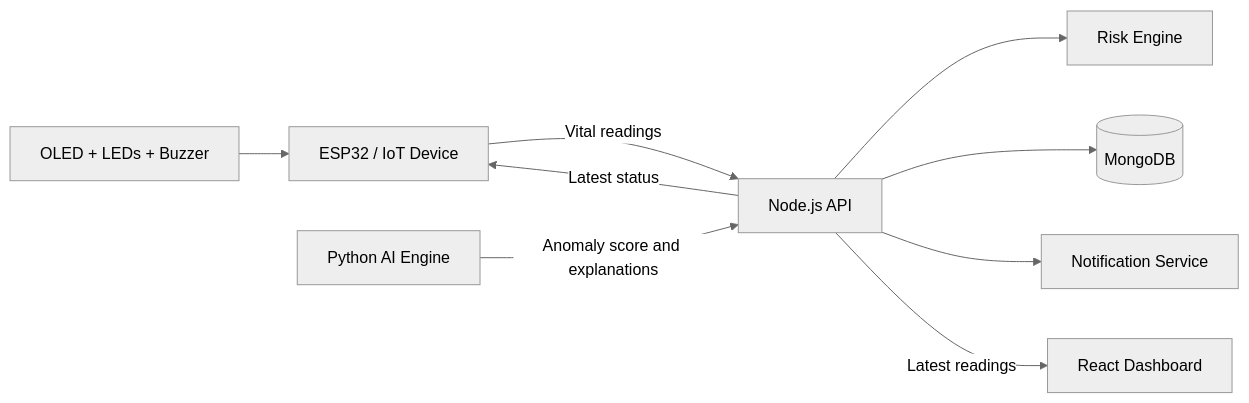
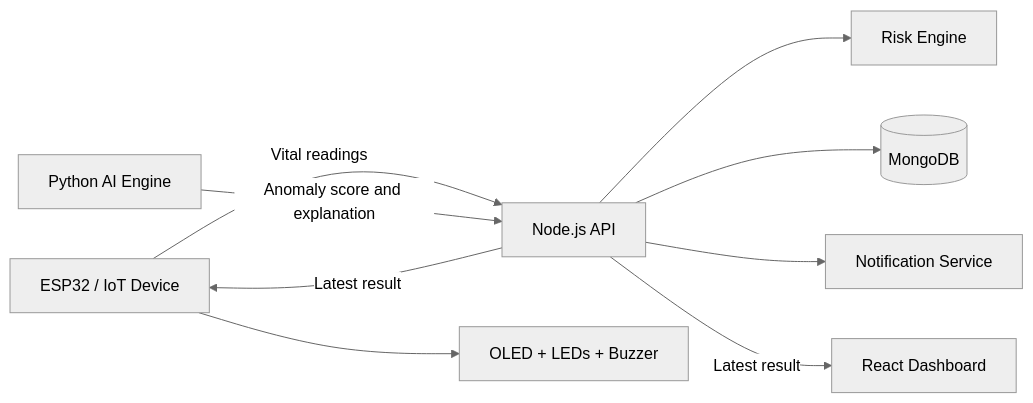
The diagram in README.md (priyam63p/iotricity-3.o), drawn with Mermaid (neutral theme) before and after one commit. The commit also changed other lines of this file, not shown here.

````diff
--- a/README.md
+++ b/README.md
@@ -198,11 +165,11 @@
 ```mermaid
 flowchart LR
     A[ESP32 / IoT Device] -->|Vital readings| B[Node.js API]
     B --> C[Risk Engine]
     B --> D[(MongoDB)]
     B --> E[Notification Service]
-    B -->|Latest readings| F[React Dashboard]
-    B -->|Latest status| A
-    G[Python AI Engine] -->|Anomaly score and explanations| B
-    H[OLED + LEDs + Buzzer] --> A
+    B -->|Latest result| F[React Dashboard]
+    B -->|Latest result| A
+    G[Python AI Engine] -->|Anomaly score and explanation| B
+    A --> H[OLED + LEDs + Buzzer]
 ```
````
